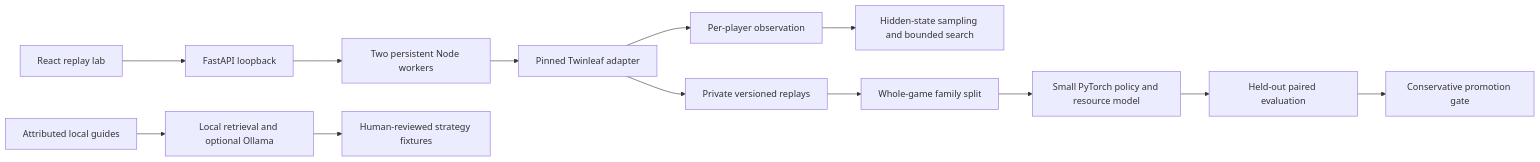
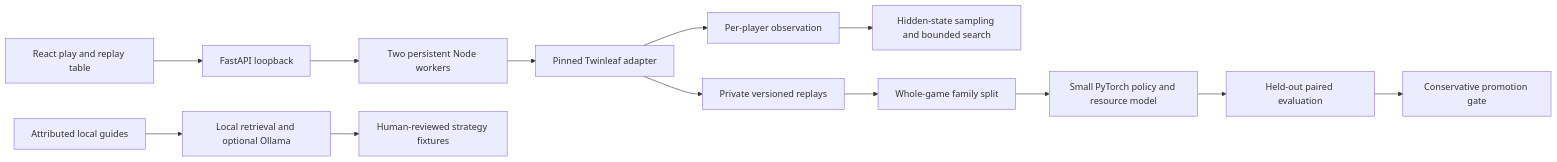
One commit to capisz/pokemon-tcg-stockfish changed the diagram in docs/ARCHITECTURE.md. Above: the diagram before and after it, drawn with Mermaid. The commit also changed other lines of this file, not shown here.

````diff
--- a/docs/ARCHITECTURE.md
+++ b/docs/ARCHITECTURE.md
@@ -3,15 +3,15 @@
 ```mermaid
 flowchart LR
-  UI[React replay lab] --> API[FastAPI loopback]
+  UI[React play and replay table] --> API[FastAPI loopback]
   API --> Pool[Two persistent Node workers]
   Pool --> Rules[Pinned Twinleaf adapter]
   Rules --> Obs[Per-player observation]
   Obs --> Search[Hidden-state sampling and bounded search]
   Rules --> Replays[Private versioned replays]
   Replays --> Split[Whole-game family split]
   Split --> Train[Small PyTorch policy and resource model]
   Train --> Eval[Held-out paired evaluation]
   Eval --> Champion[Conservative promotion gate]
   Guides[Attributed local guides] --> Retrieval[Local retrieval and optional Ollama]
   Retrieval --> Review[Human-reviewed strategy fixtures]
 ```
````
